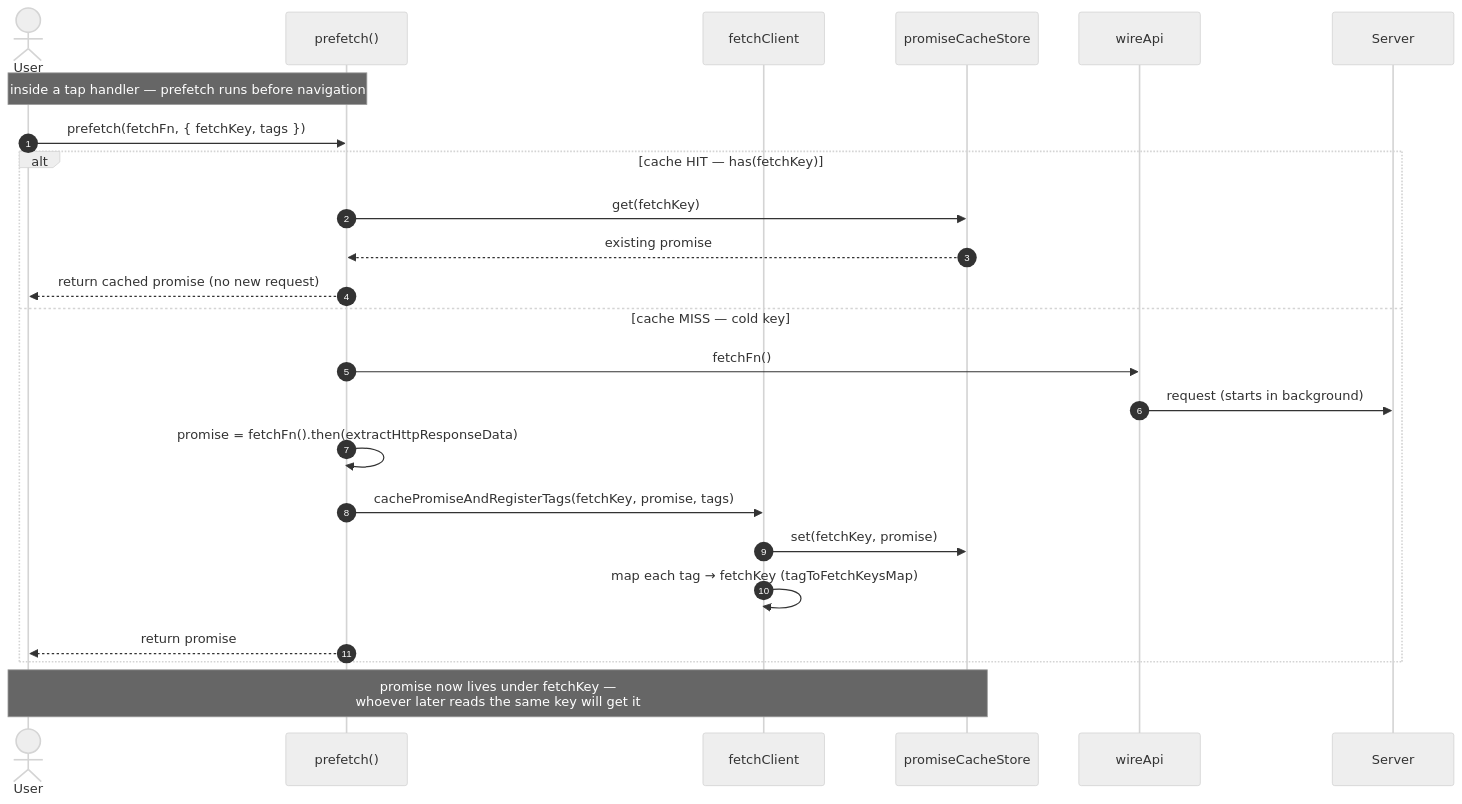
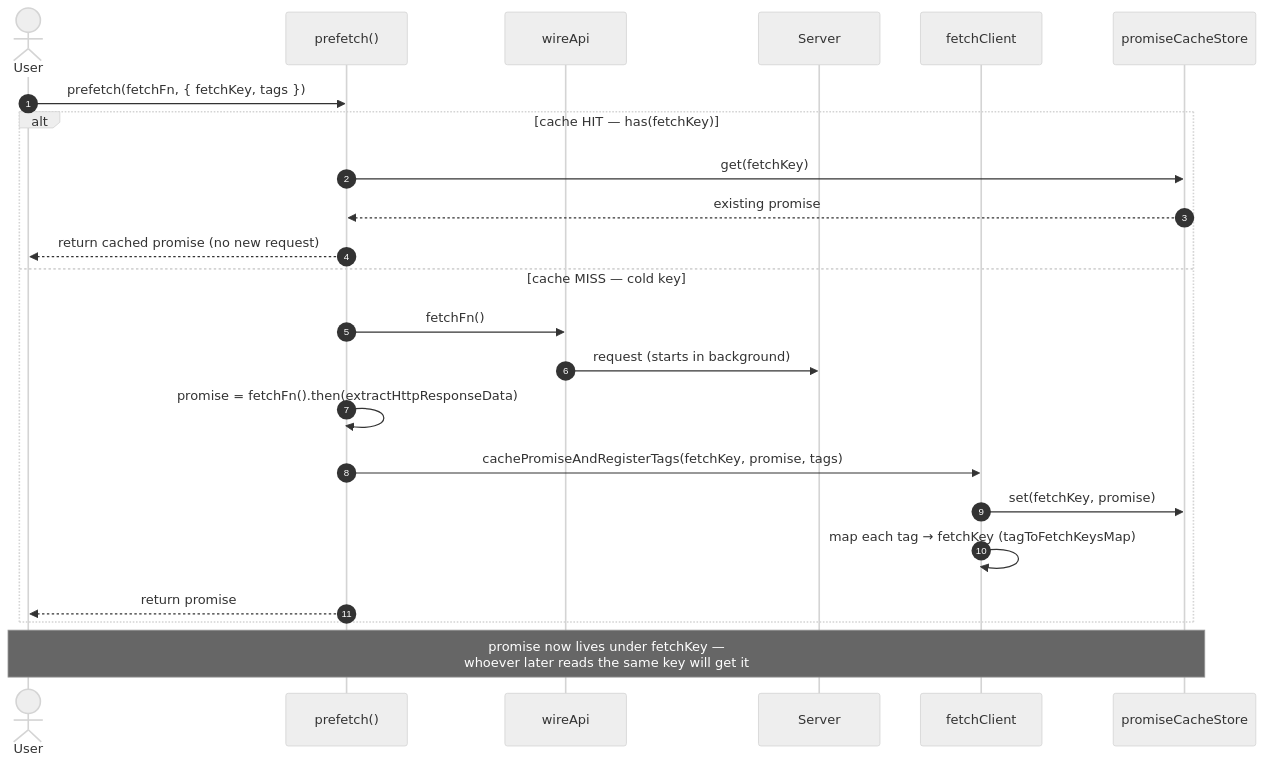
One commit to chuhaiphu/fetchwire changed the second of 3 diagrams in docs/architecture/PREFETCH-FLOW.md. Above: the diagram before and after it, drawn with Mermaid (neutral theme). The commit also changed 3 other files, not shown here.

Commit message:
fix: standardize terminology to "Consumer Component" in architecture documentation

````diff
--- a/docs/architecture/PREFETCH-FLOW.md
+++ b/docs/architecture/PREFETCH-FLOW.md
@@ -34,30 +34,28 @@
 ```mermaid
 sequenceDiagram
     autonumber
     actor User
     participant PF as prefetch()
+    participant Wire as wireApi
+    participant API as Server
     participant FC as fetchClient
     participant Cache as promiseCacheStore
-    participant Wire as wireApi
-    participant API as Server
-
-    Note over User,PF: inside a tap handler — prefetch runs before navigation
 
     User->>PF: prefetch(fetchFn, { fetchKey, tags })
 
     alt cache HIT — has(fetchKey)
         PF->>Cache: get(fetchKey)
         Cache-->>PF: existing promise
         PF-->>User: return cached promise (no new request)
     else cache MISS — cold key
         PF->>Wire: fetchFn()
         Wire->>API: request (starts in background)
         PF->>PF: promise = fetchFn().then(extractHttpResponseData)
         PF->>FC: cachePromiseAndRegisterTags(fetchKey, promise, tags)
         FC->>Cache: set(fetchKey, promise)
         FC->>FC: map each tag → fetchKey (tagToFetchKeysMap)
         PF-->>User: return promise
     end
 
     Note over User,Cache: promise now lives under fetchKey —<br/>whoever later reads the same key will get it
 ```
````
